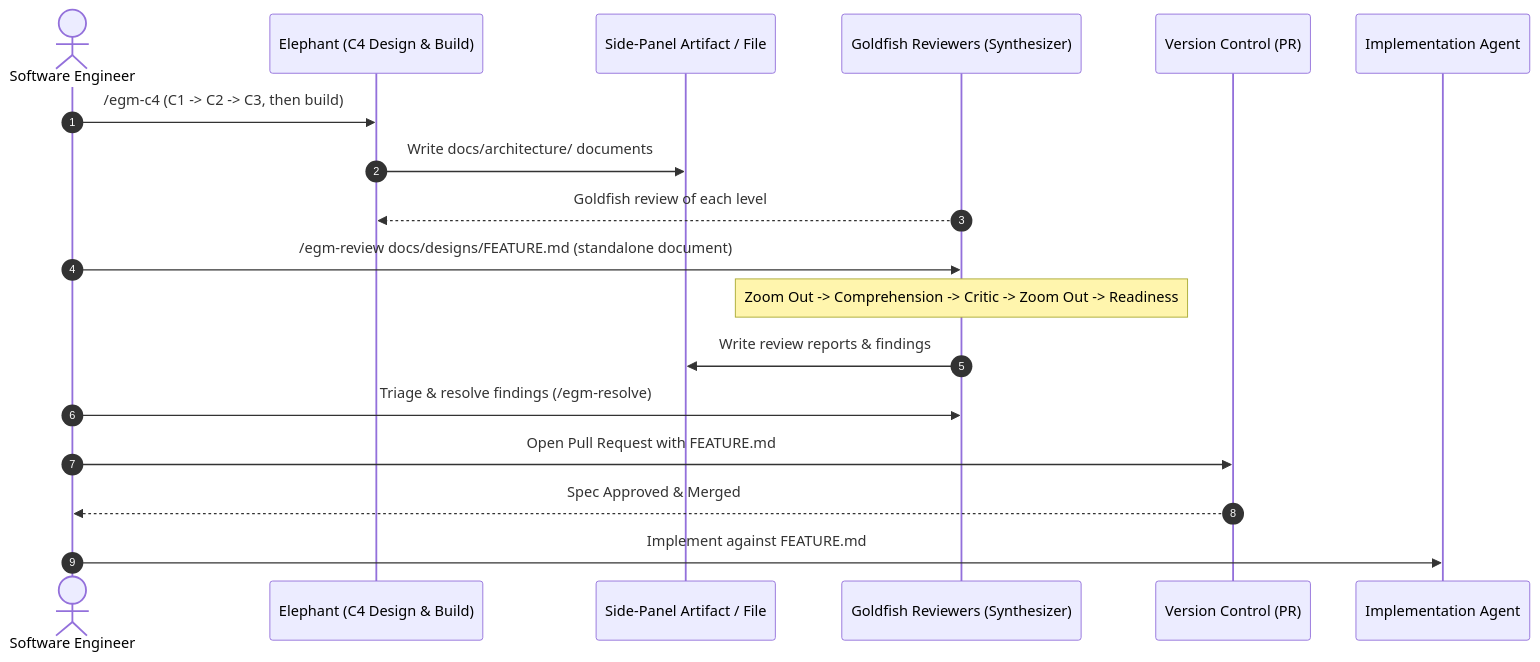
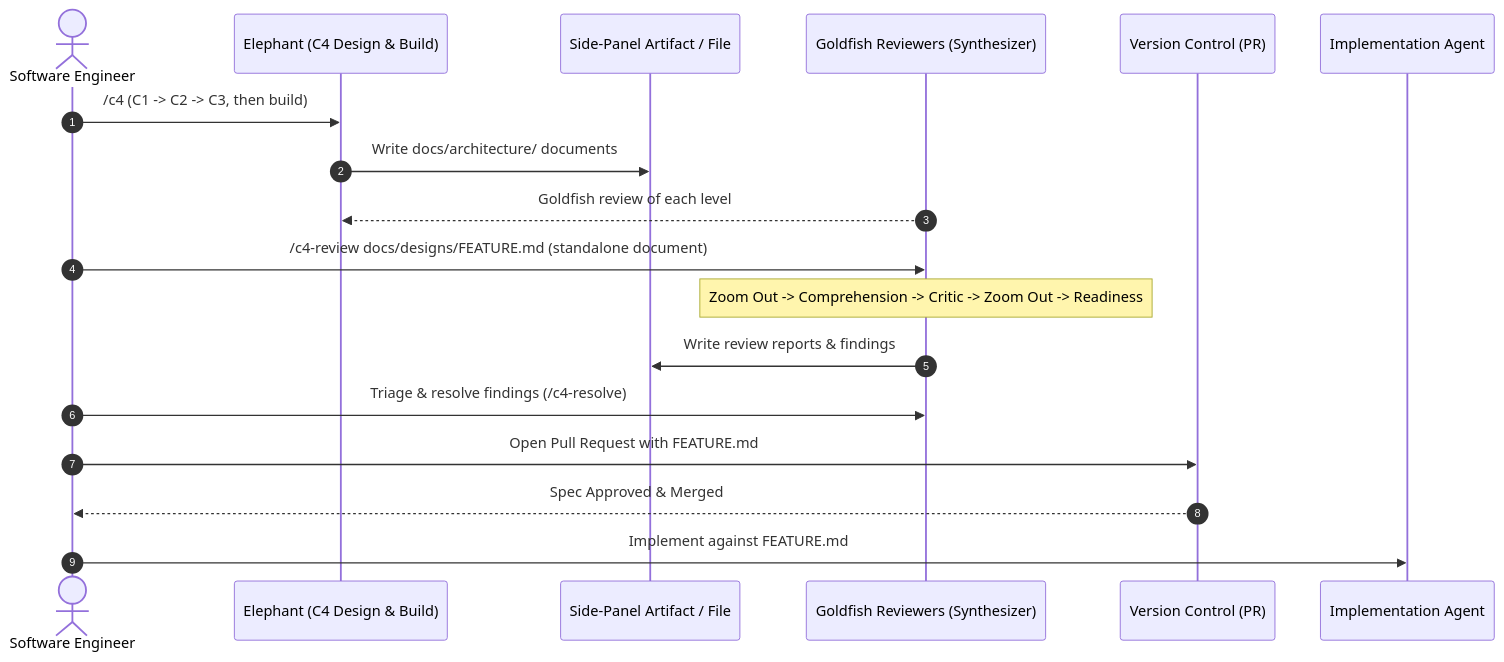
The diagram in docs/designs/architecture.md (Sapico-BE/c4-elephant-goldfish-model), drawn with Mermaid before and after one commit. The commit also changed other lines of this file and 227 other files, not shown here.

````diff
--- a/docs/designs/architecture.md
+++ b/docs/designs/architecture.md
@@ -91,21 +91,21 @@
 ```mermaid
 sequenceDiagram
     autonumber
     actor Human as Software Engineer
     participant Elephant as Elephant (C4 Design & Build)
     participant Artifact as Side-Panel Artifact / File
     participant Reviewer as Goldfish Reviewers (Synthesizer)
     participant VCS as Version Control (PR)
     participant Coder as Implementation Agent
 
-    Human->>Elephant: /egm-c4 (C1 -> C2 -> C3, then build)
+    Human->>Elephant: /c4 (C1 -> C2 -> C3, then build)
     Elephant->>Artifact: Write docs/architecture/ documents
     Reviewer-->>Elephant: Goldfish review of each level
-    Human->>Reviewer: /egm-review docs/designs/FEATURE.md (standalone document)
+    Human->>Reviewer: /c4-review docs/designs/FEATURE.md (standalone document)
     Note over Reviewer: Zoom Out -> Comprehension -> Critic -> Zoom Out -> Readiness
     Reviewer->>Artifact: Write review reports & findings
-    Human->>Reviewer: Triage & resolve findings (/egm-resolve)
+    Human->>Reviewer: Triage & resolve findings (/c4-resolve)
     Human->>VCS: Open Pull Request with FEATURE.md
     VCS-->>Human: Spec Approved & Merged
     Human->>Coder: Implement against FEATURE.md
 ```
````
